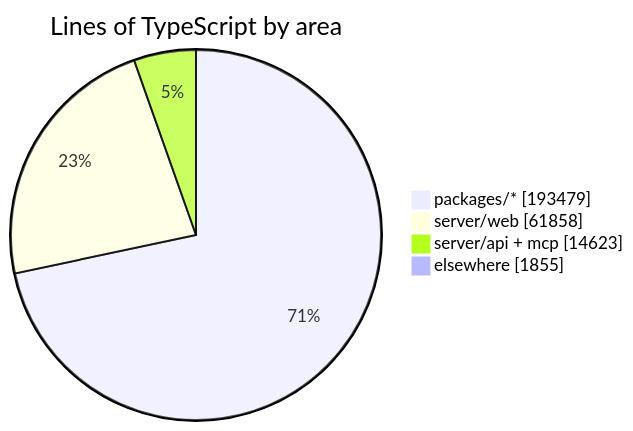
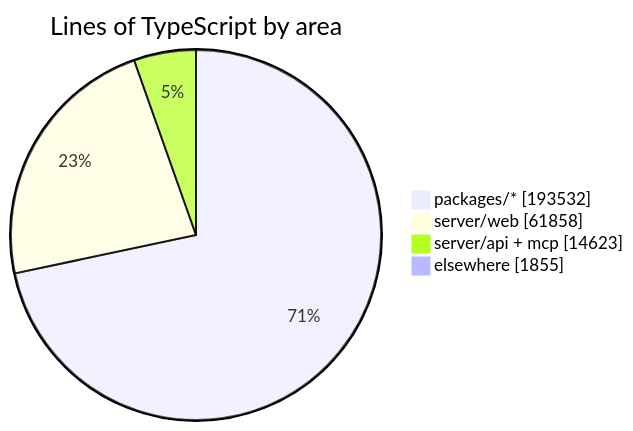
The diagram in README.md (crossworks-engineering/mantle), drawn with Mermaid before and after one commit. The commit also changed other lines of this file and 2 other files, not shown here.

````diff
--- a/README.md
+++ b/README.md
@@ -279,7 +279,7 @@
 ```mermaid
 pie showData title Lines of TypeScript by area
-    "packages/*" : 193479
+    "packages/*" : 193532
     "server/web" : 61858
     "server/api + mcp" : 14623
     "elsewhere" : 1855
 ```
````
